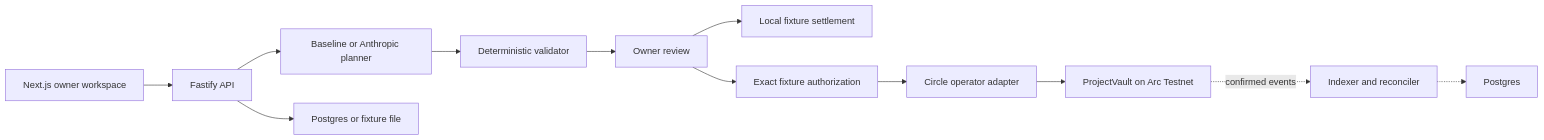
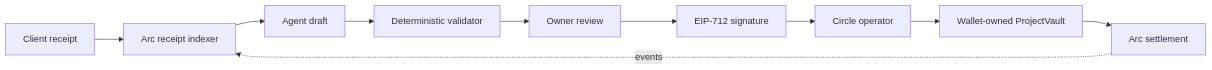
Before and after one commit to IamHarrie-Labs/splitt: the diagram in README.md, drawn with Mermaid. The commit also changed other lines of this file and 26 other files, not shown here.

````diff
--- a/README.md
+++ b/README.md
@@ -100,14 +33,12 @@
 ```mermaid
 flowchart LR
-  Web[Next.js owner workspace] --> API[Fastify API]
-  API --> Planner[Baseline or Anthropic planner]
-  API --> Storage[Postgres or fixture file]
-  Planner --> Validator[Deterministic validator]
+  Receipt[Client receipt] --> Indexer[Arc receipt indexer]
+  Indexer --> Draft[Agent draft]
+  Draft --> Validator[Deterministic validator]
   Validator --> Review[Owner review]
-  Review --> Fixture[Local fixture settlement]
-  Review --> Signature[Exact fixture authorization]
-  Signature --> Circle[Circle operator adapter]
-  Circle --> Vault[ProjectVault on Arc Testnet]
-  Vault -. confirmed events .-> Reconciler[Indexer and reconciler]
-  Reconciler -.-> DB[Postgres]
+  Review --> Signature[EIP-712 signature]
+  Signature --> Circle[Circle operator]
+  Circle --> Vault[Wallet-owned ProjectVault]
+  Vault --> Chain[Arc settlement]
+  Chain -. events .-> Indexer
 ```
````
